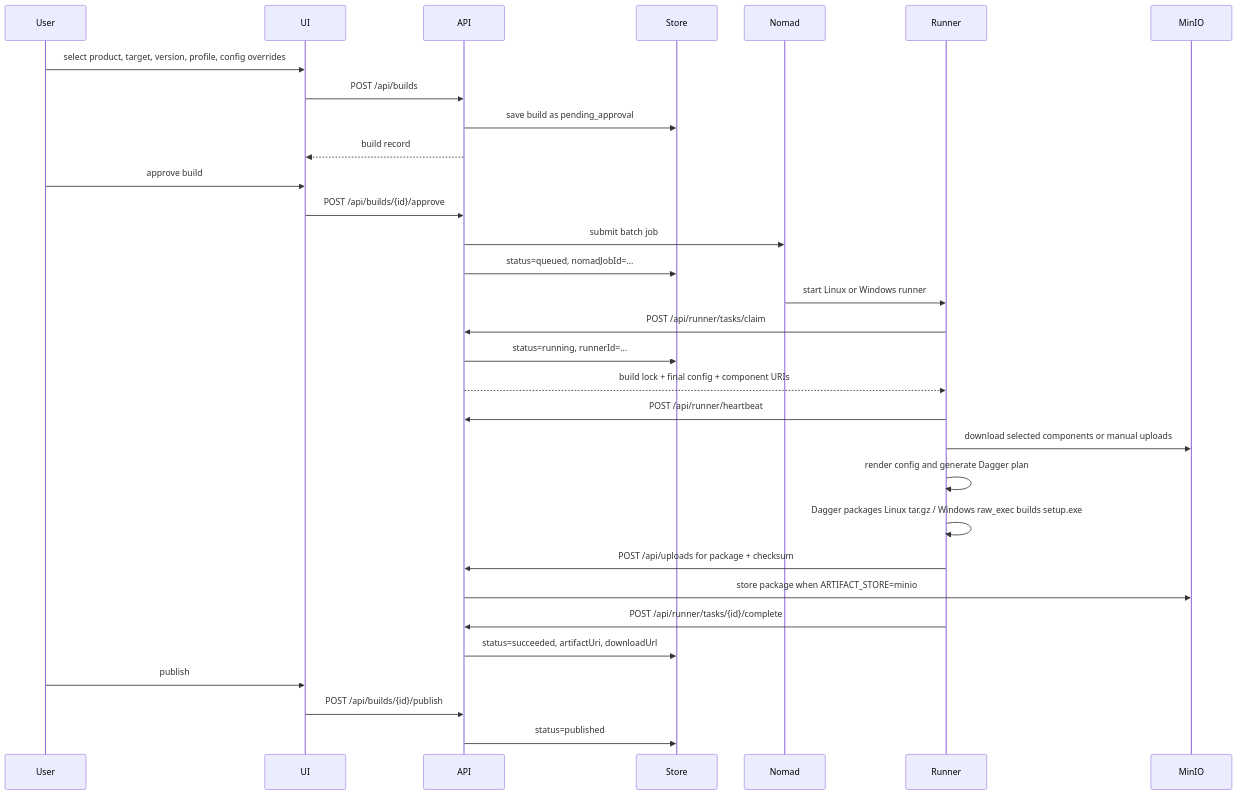
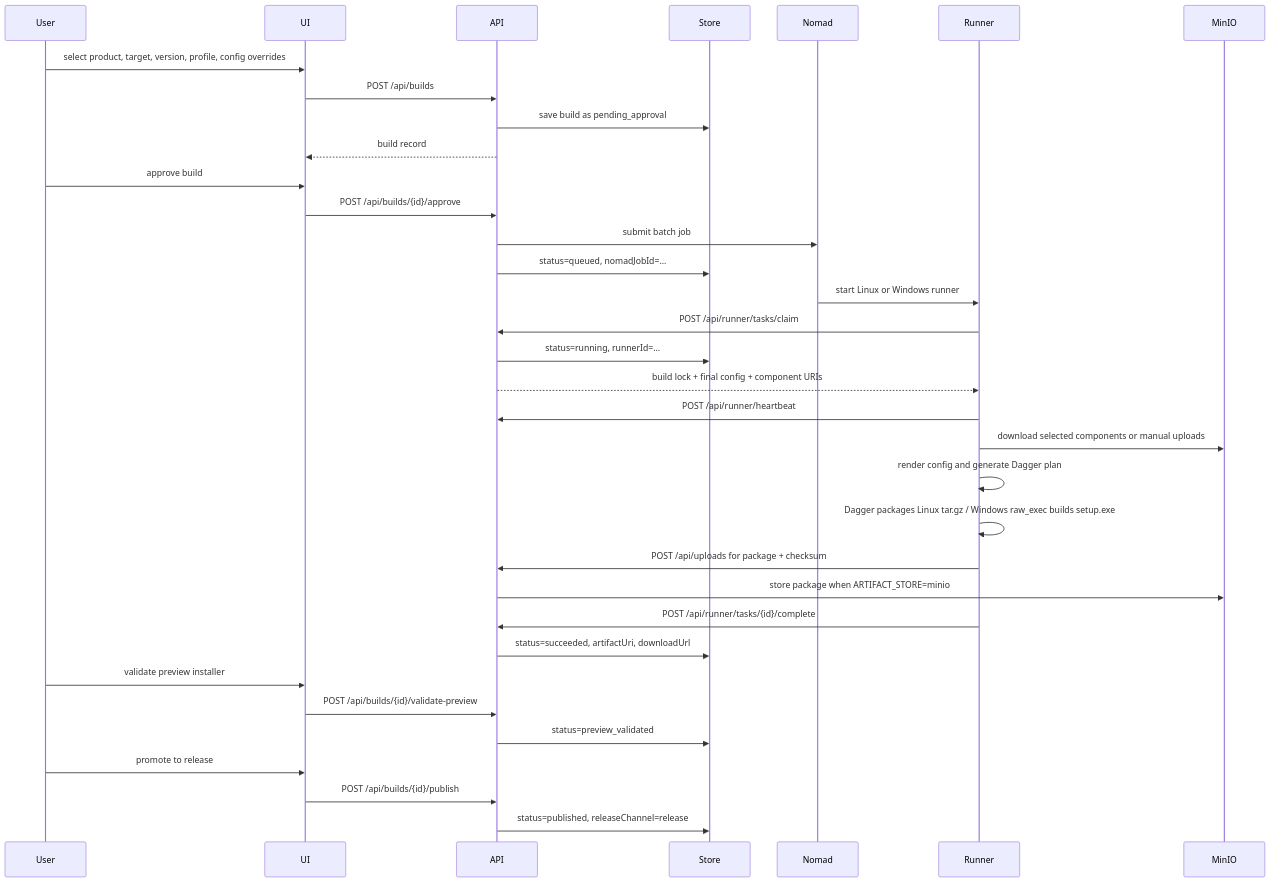
The second of 6 diagrams in docs/architecture.md (watertreestar/vela), drawn with Mermaid before and after one commit. The commit also changed other lines of this file and 32 other files, not shown here.

````diff
--- a/docs/architecture.md
+++ b/docs/architecture.md
@@ -29,38 +29,41 @@
 ```mermaid
 sequenceDiagram
   participant User
   participant UI
   participant API
   participant Store
   participant Nomad
   participant Runner
   participant MinIO
 
   User->>UI: select product, target, version, profile, config overrides
   UI->>API: POST /api/builds
   API->>Store: save build as pending_approval
   API-->>UI: build record
 
   User->>UI: approve build
   UI->>API: POST /api/builds/{id}/approve
   API->>Nomad: submit batch job
   API->>Store: status=queued, nomadJobId=...
 
   Nomad->>Runner: start Linux or Windows runner
   Runner->>API: POST /api/runner/tasks/claim
   API->>Store: status=running, runnerId=...
   API-->>Runner: build lock + final config + component URIs
 
   Runner->>API: POST /api/runner/heartbeat
   Runner->>MinIO: download selected components or manual uploads
   Runner->>Runner: render config and generate Dagger plan
   Runner->>Runner: Dagger packages Linux tar.gz / Windows raw_exec builds setup.exe
   Runner->>API: POST /api/uploads for package + checksum
   API->>MinIO: store package when ARTIFACT_STORE=minio
   Runner->>API: POST /api/runner/tasks/{id}/complete
   API->>Store: status=succeeded, artifactUri, downloadUrl
 
-  User->>UI: publish
+  User->>UI: validate preview installer
+  UI->>API: POST /api/builds/{id}/validate-preview
+  API->>Store: status=preview_validated
+  User->>UI: promote to release
   UI->>API: POST /api/builds/{id}/publish
-  API->>Store: status=published
+  API->>Store: status=published, releaseChannel=release
 ```
````
